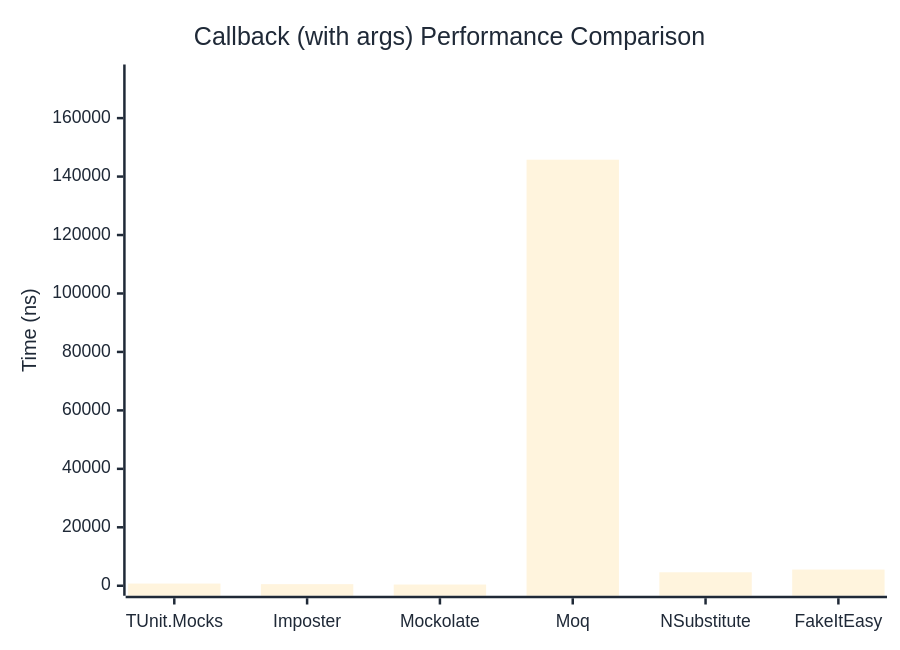
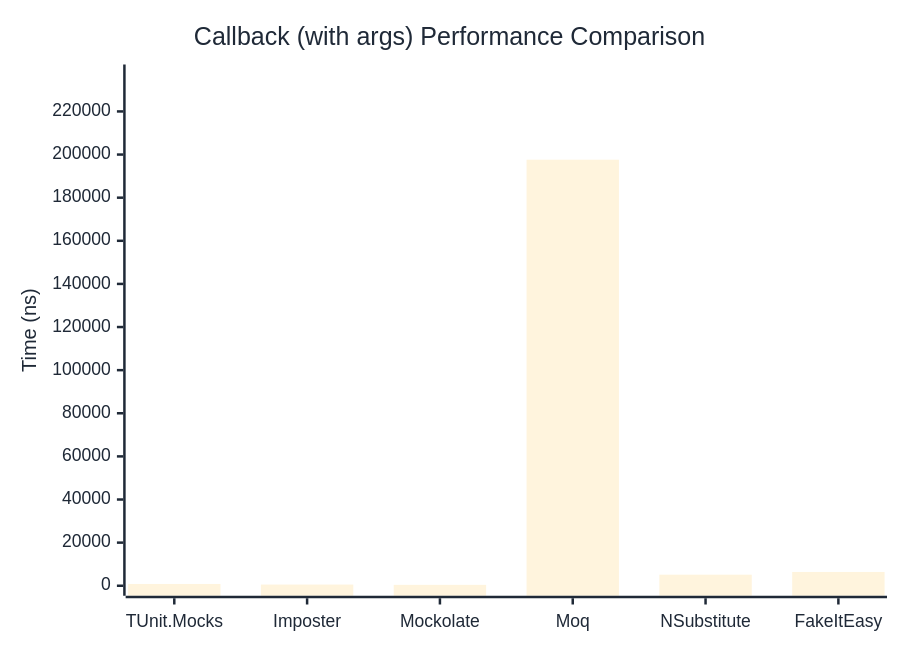
One commit to thomhurst/TUnit changed the second of 2 diagrams in docs/docs/benchmarks/mocks/Callback.md. Above: the diagram before and after it, drawn with Mermaid. The commit also changed other lines of this file and 14 other files, not shown here.

````diff
--- a/docs/docs/benchmarks/mocks/Callback.md
+++ b/docs/docs/benchmarks/mocks/Callback.md
@@ -71,27 +71,27 @@
 ```mermaid
 %%{init: {
   'theme':'base',
   'themeVariables': {
     'primaryColor': '#2563eb',
     'primaryTextColor': '#1f2937',
     'primaryBorderColor': '#1e40af',
     'lineColor': '#6b7280',
     'secondaryColor': '#7c3aed',
     'tertiaryColor': '#dc2626',
     'background': '#ffffff',
     'pie1': '#2563eb',
     'pie2': '#7c3aed',
     'pie3': '#dc2626',
     'pie4': '#f59e0b',
     'pie5': '#10b981',
     'pie6': '#06b6d4',
     'pie7': '#ec4899',
     'pie8': '#6366f1'
   }
 }}%%
 xychart-beta
   title "Callback (with args) Performance Comparison"
   x-axis ["TUnit.Mocks", "Imposter", "Mockolate", "Moq", "NSubstitute", "FakeItEasy"]
-  y-axis "Time (ns)" 0 --> 174924
-  bar [754, 547.2, 413.3, 145769.6, 4606.2, 5537.7]
+  y-axis "Time (ns)" 0 --> 237133
+  bar [829.6, 550, 420.9, 197610.5, 5138.7, 6401.4]
 ```
````
